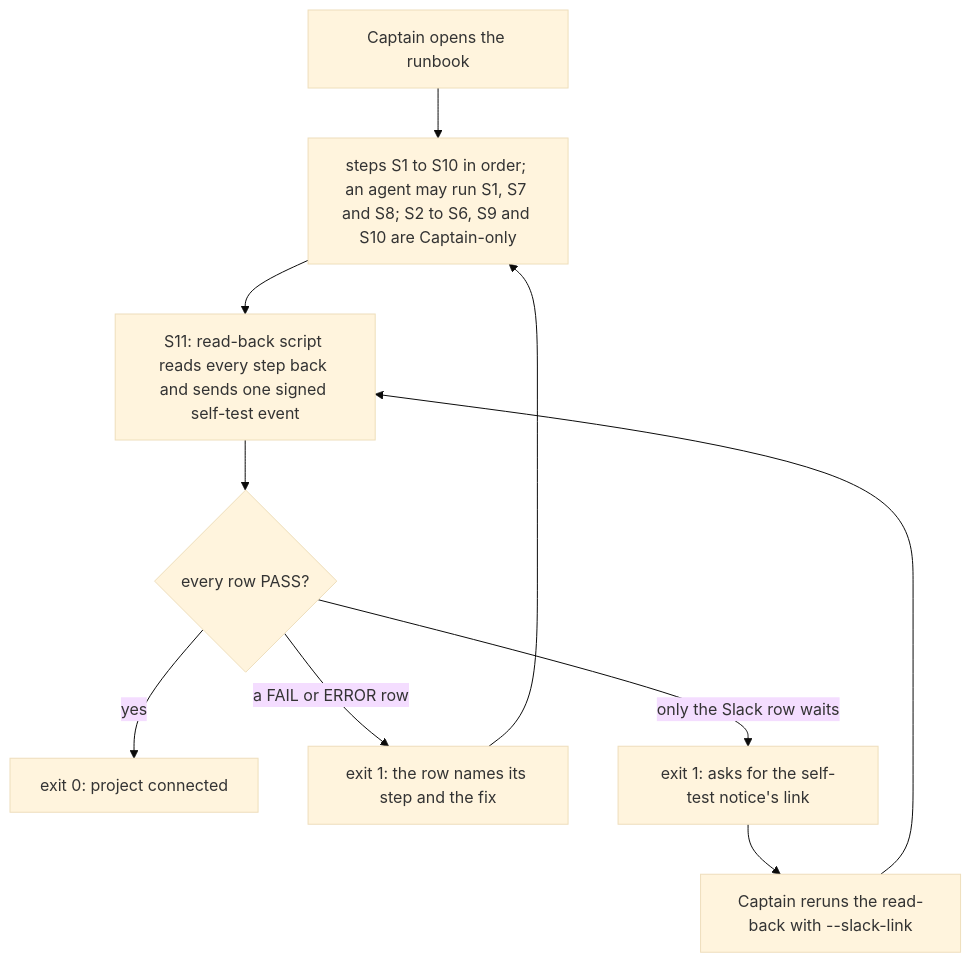
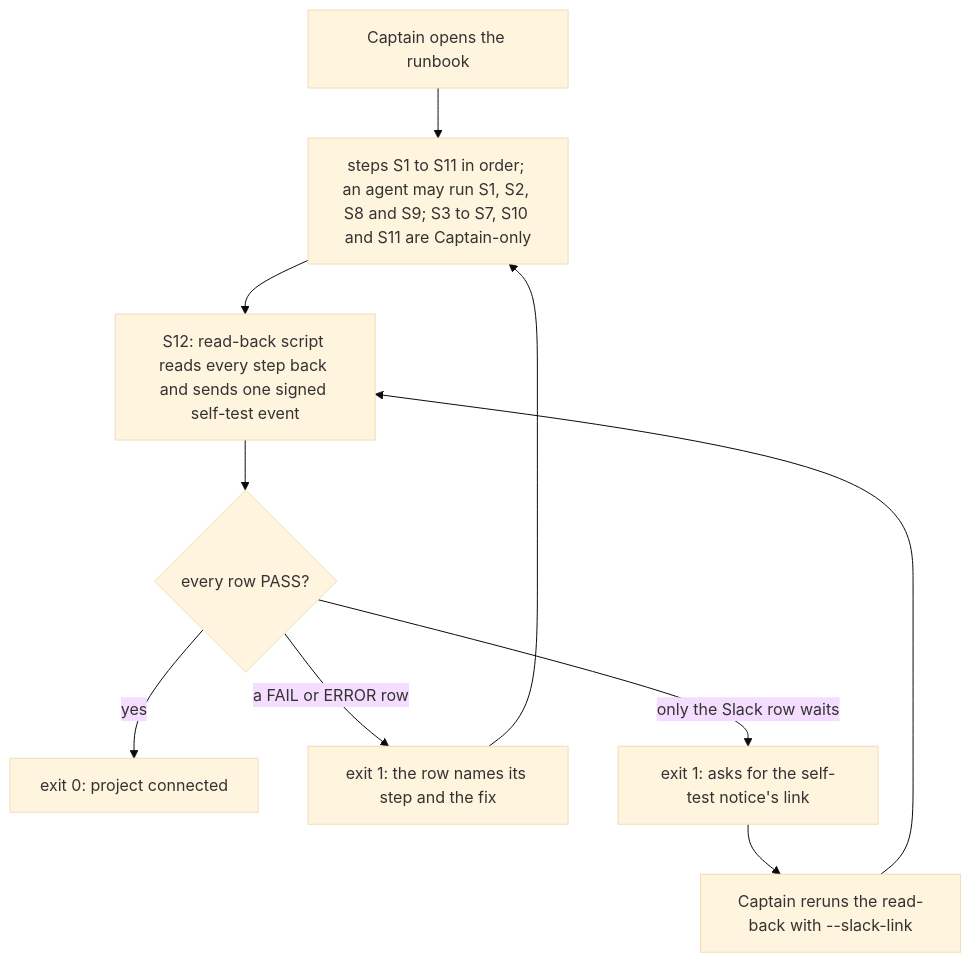
The second of 2 diagrams in ops-inbox-r1-setup-and-isolation.md (iamcxa/kc-claude-plugins), drawn with Mermaid (base theme) before and after one commit. The commit also changed other lines of this file and 10 other files, not shown here.

````diff
--- a/ops-inbox-r1-setup-and-isolation.md
+++ b/ops-inbox-r1-setup-and-isolation.md
@@ -232,9 +232,9 @@
 ```mermaid
 flowchart TD
-    A[Captain opens the runbook] --> B[steps S1 to S10 in order; an agent may run S1, S7 and S8; S2 to S6, S9 and S10 are Captain-only]
-    B --> E[S11: read-back script reads every step back and sends one signed self-test event]
+    A[Captain opens the runbook] --> B[steps S1 to S11 in order; an agent may run S1, S2, S8 and S9; S3 to S7, S10 and S11 are Captain-only]
+    B --> E[S12: read-back script reads every step back and sends one signed self-test event]
     E --> F{every row PASS?}
     F -- yes --> G[exit 0: project connected]
     F -- a FAIL or ERROR row --> H[exit 1: the row names its step and the fix] --> B
     F -- only the Slack row waits --> J[exit 1: asks for the self-test notice's link] --> K[Captain reruns the read-back with --slack-link] --> E
 ```
````
